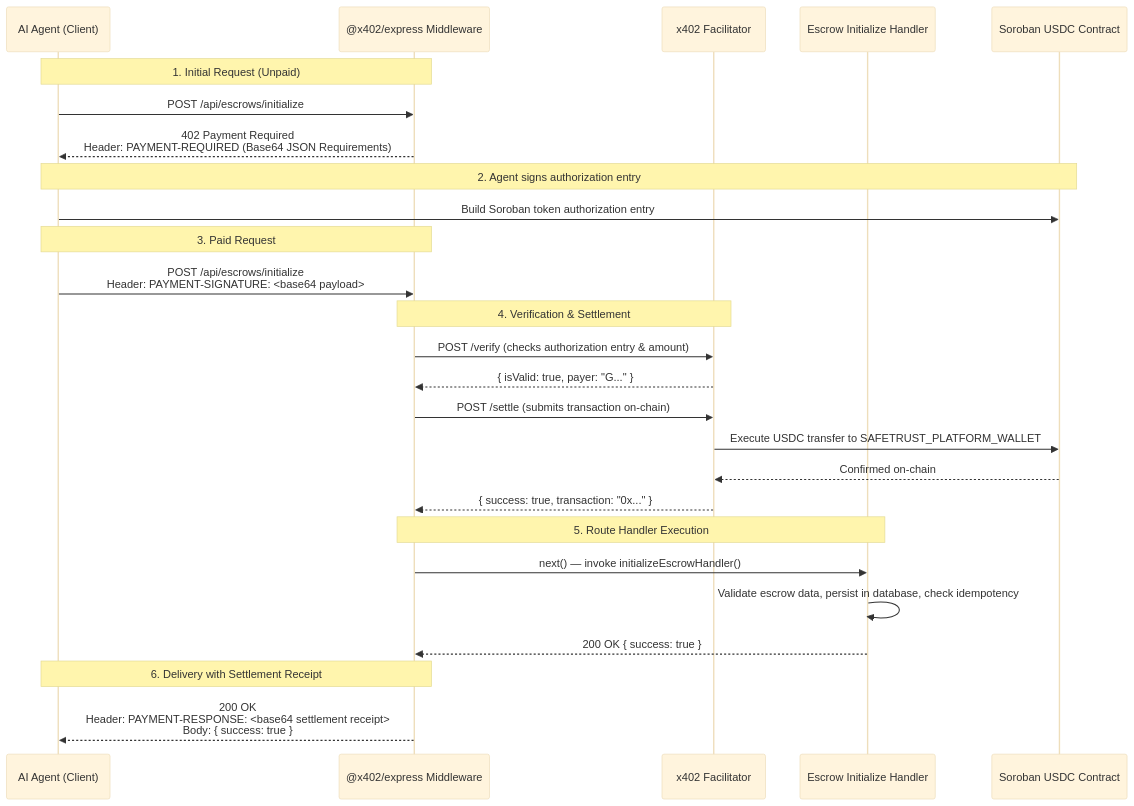
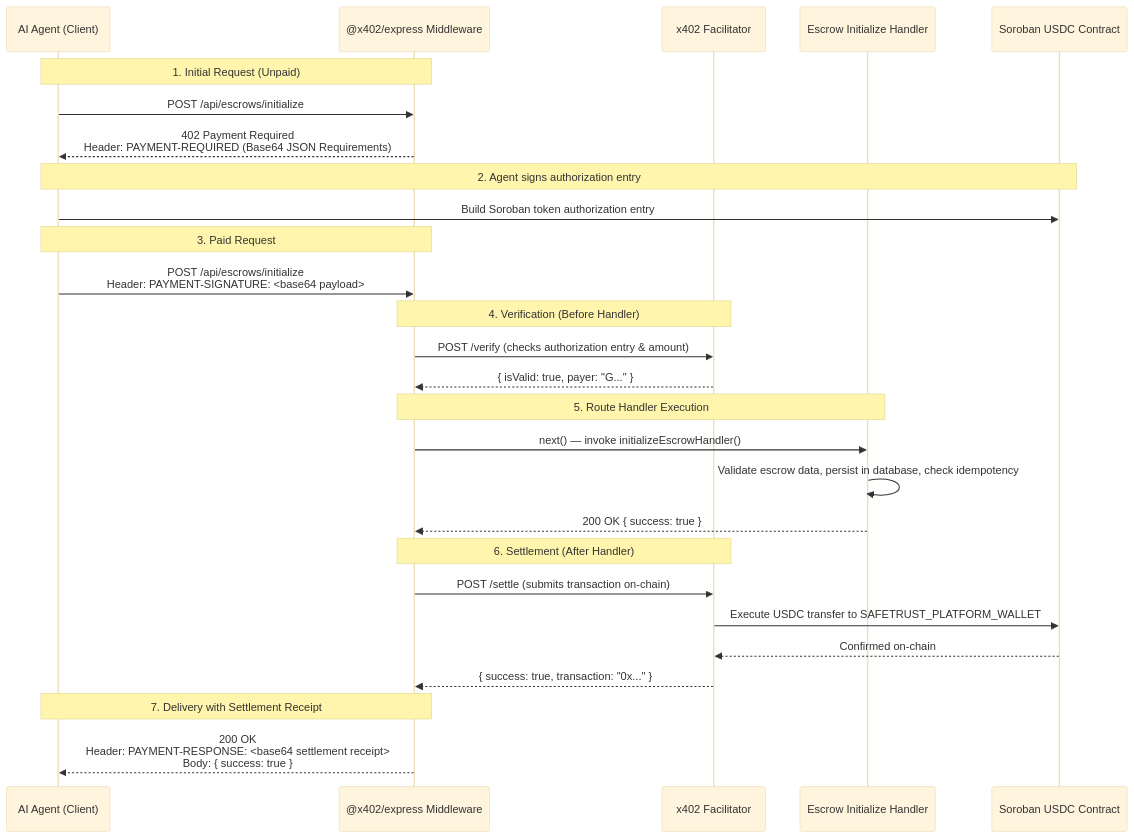
The diagram in docs/stellar/x402-protocol.md (safetrustcr/backend-SafeTrust), drawn with Mermaid (base theme) before and after one commit. The commit also changed other lines of this file and 8 other files, not shown here.

````diff
--- a/docs/stellar/x402-protocol.md
+++ b/docs/stellar/x402-protocol.md
@@ -26,35 +26,36 @@
 ```mermaid
 sequenceDiagram
     participant AG as AI Agent (Client)
     participant MW as @x402/express Middleware
     participant FAC as x402 Facilitator
     participant HND as Escrow Initialize Handler
     participant SC as Soroban USDC Contract
 
     Note over AG,MW: 1. Initial Request (Unpaid)
     AG->>MW: POST /api/escrows/initialize
     MW-->>AG: 402 Payment Required<br/>Header: PAYMENT-REQUIRED (Base64 JSON Requirements)
 
     Note over AG,SC: 2. Agent signs authorization entry
     AG->>SC: Build Soroban token authorization entry
 
     Note over AG,MW: 3. Paid Request
     AG->>MW: POST /api/escrows/initialize<br/>Header: PAYMENT-SIGNATURE: <base64 payload>
 
-    Note over MW,FAC: 4. Verification & Settlement
+    Note over MW,FAC: 4. Verification (Before Handler)
     MW->>FAC: POST /verify (checks authorization entry & amount)
     FAC-->>MW: { isValid: true, payer: "G..." }
-
-    MW->>FAC: POST /settle (submits transaction on-chain)
-    FAC->>SC: Execute USDC transfer to SAFETRUST_PLATFORM_WALLET
-    SC-->>FAC: Confirmed on-chain
-    FAC-->>MW: { success: true, transaction: "0x..." }
 
     Note over MW,HND: 5. Route Handler Execution
     MW->>HND: next() — invoke initializeEscrowHandler()
     HND->>HND: Validate escrow data, persist in database, check idempotency
     HND-->>MW: 200 OK { success: true }
 
-    Note over MW,AG: 6. Delivery with Settlement Receipt
+    Note over MW,FAC: 6. Settlement (After Handler)
+    MW->>FAC: POST /settle (submits transaction on-chain)
+    FAC->>SC: Execute USDC transfer to SAFETRUST_PLATFORM_WALLET
+    SC-->>FAC: Confirmed on-chain
+    FAC-->>MW: { success: true, transaction: "0x..." }
+
+    Note over MW,AG: 7. Delivery with Settlement Receipt
     MW-->>AG: 200 OK<br/>Header: PAYMENT-RESPONSE: <base64 settlement receipt><br/>Body: { success: true }
 ```
````
